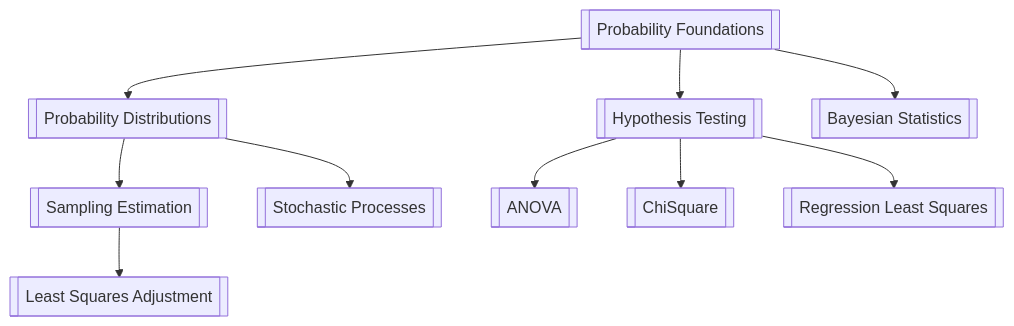
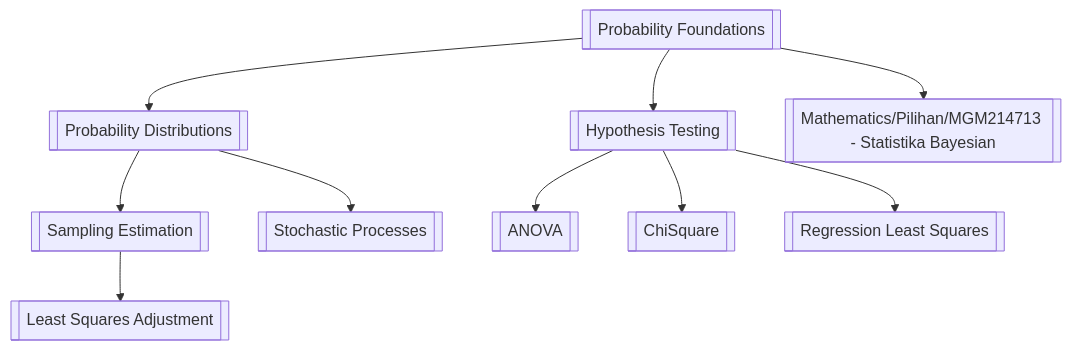
Before and after one commit to malikynaufal/AIGIS: the third of 5 diagrams in Mathematics/Mathematics MOC.md, drawn with Mermaid. The commit also changed other lines of this file and 114 other files, not shown here.

````diff
--- a/Mathematics/Mathematics MOC.md
+++ b/Mathematics/Mathematics MOC.md
@@ -97,12 +97,12 @@
 ```mermaid
 graph TD
  PF[[Probability Foundations]] --> PD[[Probability Distributions]]
  PF --> HT[[Hypothesis Testing]]
- PD --> SE[[Sampling Estimation]]
+ PD --> SE[[Sampling  Estimation]]
  PD --> ST[[Stochastic Processes]]
  SE --> LS[[Least Squares Adjustment]]
  HT --> ANOVA[[ANOVA]]
  HT --> CS[[ChiSquare]]
- HT --> RG[[Regression Least Squares]]
- PF --> BS[[Bayesian Statistics]]
+ HT --> RG[[Regression  Least Squares]]
+ PF --> BS[[Mathematics/Pilihan/MGM214713 - Statistika Bayesian]]
 ```
````
